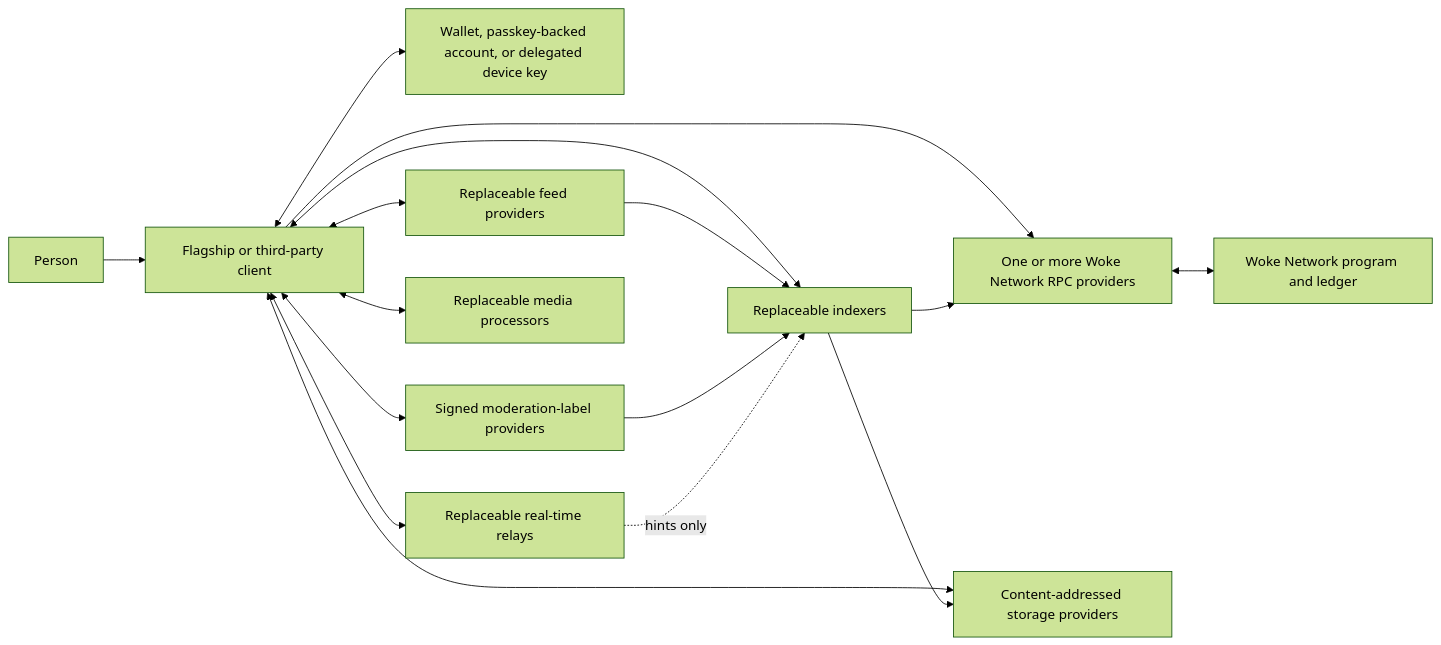
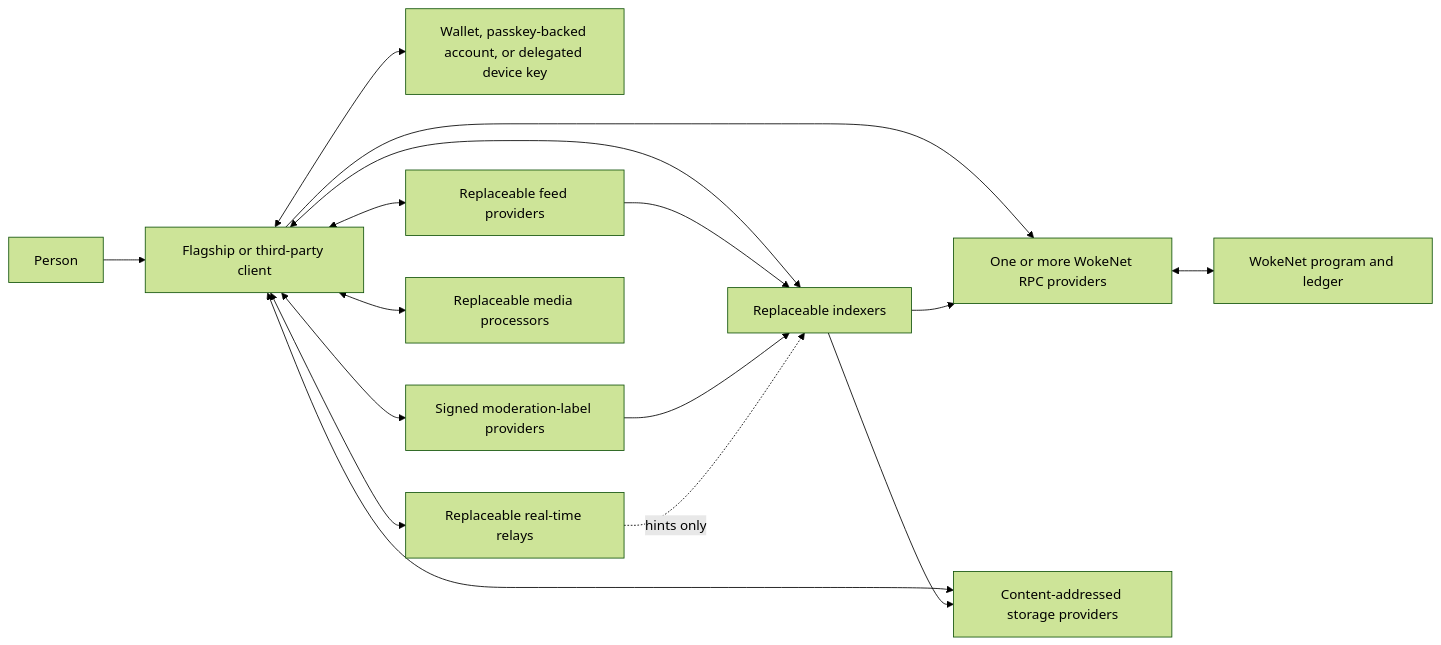
One commit to droolson/wetdrool changed the first of 6 diagrams in docs/ARCHITECTURE.md. Above: the diagram before and after it, drawn with Mermaid (forest theme). The commit also changed other lines of this file and 312 other files, not shown here.

Commit message:
feat: complete WokeSocial and WokeNet migration

````diff
--- a/docs/ARCHITECTURE.md
+++ b/docs/ARCHITECTURE.md
@@ -40,30 +40,30 @@
 ```mermaid
 flowchart LR
     Person["Person"]
     Client["Flagship or third-party client"]
     Wallet["Wallet, passkey-backed account, or delegated device key"]
-    RPC["One or more Woke Network RPC providers"]
-    Chain["Woke Network program and ledger"]
+    RPC["One or more WokeNet RPC providers"]
+    Chain["WokeNet program and ledger"]
     Storage["Content-addressed storage providers"]
     Relay["Replaceable real-time relays"]
     Indexer["Replaceable indexers"]
     Feed["Replaceable feed providers"]
     Moderation["Signed moderation-label providers"]
     Media["Replaceable media processors"]
 
     Person --> Client
     Client <--> Wallet
     Client --> RPC
     RPC <--> Chain
     Client <--> Storage
     Client <--> Relay
     Client <--> Indexer
     Client <--> Feed
     Client <--> Moderation
     Client <--> Media
     Indexer --> RPC
     Indexer --> Storage
     Feed --> Indexer
     Moderation --> Indexer
     Relay -. "hints only" .-> Indexer
 ```
````
